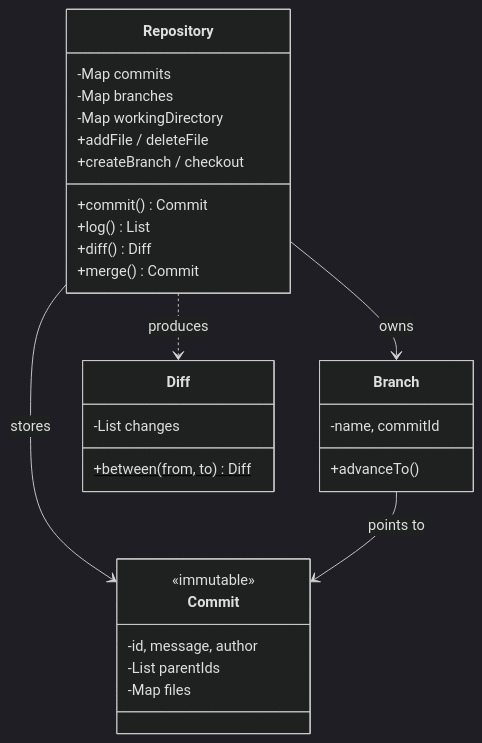
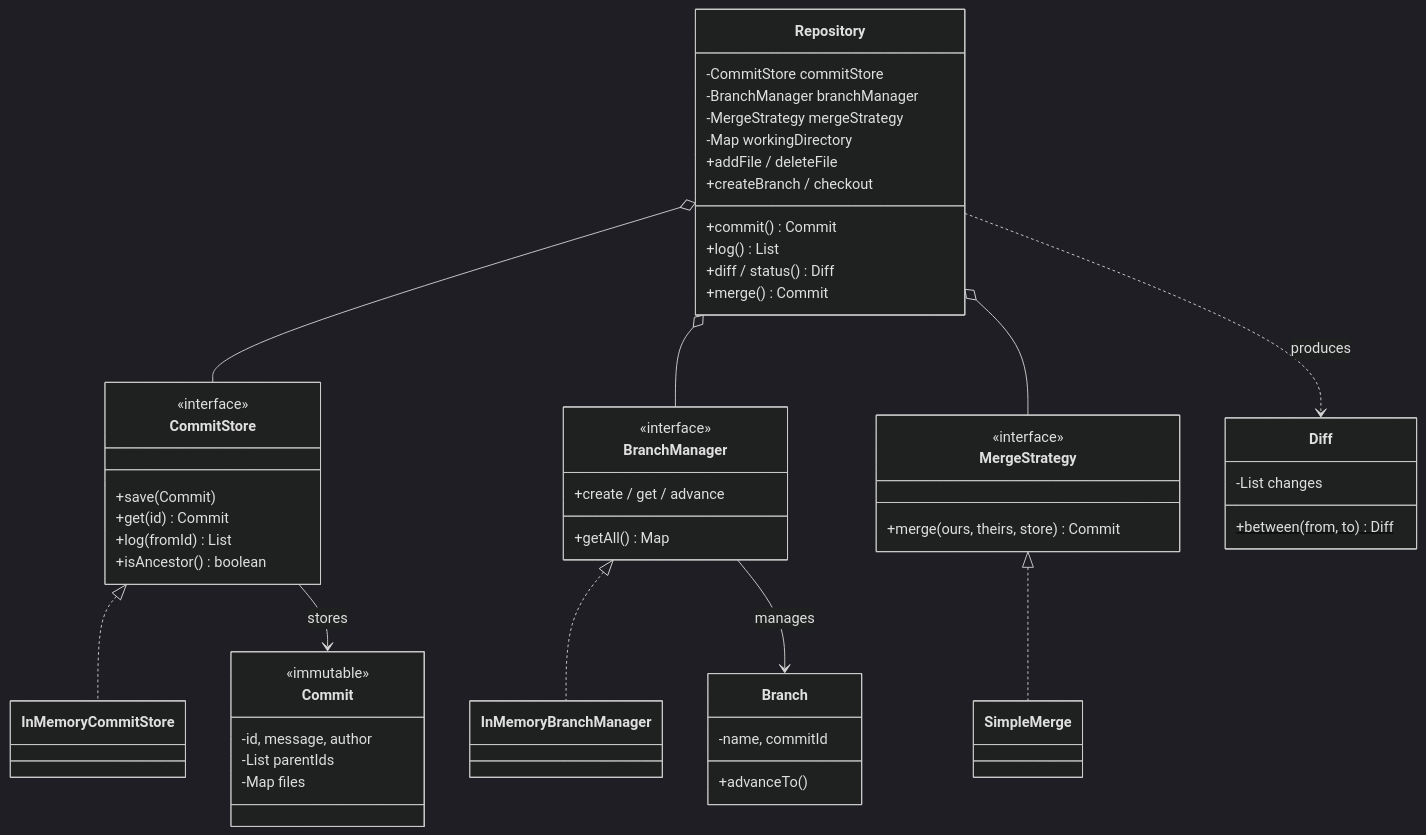
One commit to dlkr18/lld-playbook changed the diagram in src/main/java/com/you/lld/problems/versioncontrol/README.md. Above: the diagram before and after it, drawn with Mermaid (dark theme). The commit also changed other lines of this file and 9 other files, not shown here.

````diff
--- a/src/main/java/com/you/lld/problems/versioncontrol/README.md
+++ b/src/main/java/com/you/lld/problems/versioncontrol/README.md
@@ -28,38 +47,65 @@
 ```mermaid
 classDiagram
   direction TB
 
   class Repository {
-    -Map commits
-    -Map branches
+    -CommitStore commitStore
+    -BranchManager branchManager
+    -MergeStrategy mergeStrategy
     -Map workingDirectory
     +addFile / deleteFile
     +commit() Commit
     +log() List
     +createBranch / checkout
-    +diff() Diff
+    +diff / status() Diff
     +merge() Commit
   }
+
+  class CommitStore {
+    <<interface>>
+    +save(Commit)
+    +get(id) Commit
+    +log(fromId) List
+    +isAncestor() boolean
+  }
+
+  class BranchManager {
+    <<interface>>
+    +create / get / advance
+    +getAll() Map
+  }
+
+  class MergeStrategy {
+    <<interface>>
+    +merge(ours, theirs, store) Commit
+  }
+
+  Repository o-- CommitStore
+  Repository o-- BranchManager
+  Repository o-- MergeStrategy
+
+  CommitStore <|.. InMemoryCommitStore
+  BranchManager <|.. InMemoryBranchManager
+  MergeStrategy <|.. SimpleMerge
 
   class Commit {
     <<immutable>>
     -id, message, author
     -List parentIds
     -Map files
   }
 
   class Branch {
     -name, commitId
     +advanceTo()
   }
 
   class Diff {
     +between(from, to)$ Diff
     -List changes
   }
 
-  Repository --> Commit : stores
-  Repository --> Branch : owns
-  Branch --> Commit : points to
+  CommitStore --> Commit : stores
+  BranchManager --> Branch : manages
   Repository ..> Diff : produces
 ```
````
